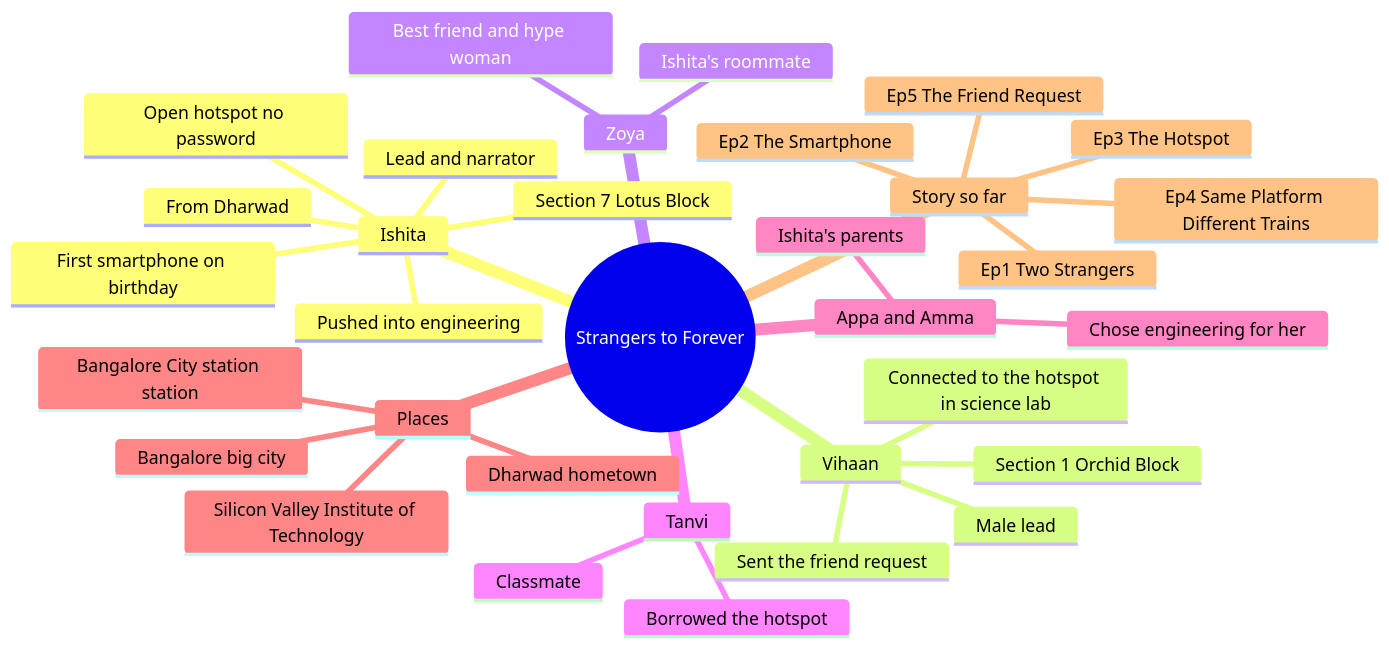
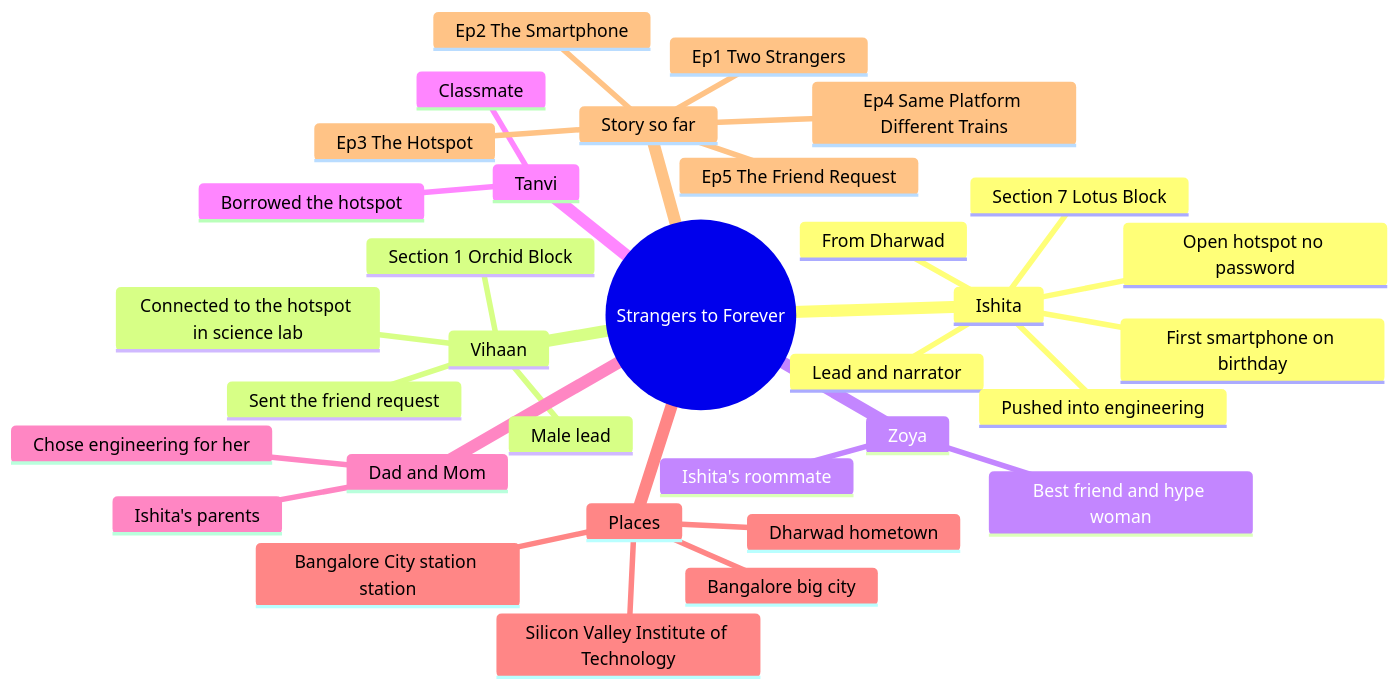
Before and after one commit to avinashchavan1/reel-studio-movie: the diagram in character-mindmap.mmd, drawn with Mermaid. The commit also changed 15 other files, not shown here.

First line of the commit message:
Rename Appa/Amma to Dad/Mom across studio data, scripts, prompts and docs

```diff
--- a/character-mindmap.mmd
+++ b/character-mindmap.mmd
@@ -1,34 +1,34 @@
 mindmap
   root((Strangers to Forever))
     Ishita
       Lead and narrator
       From Dharwad
       Pushed into engineering
       Section 7 Lotus Block
       First smartphone on birthday
       Open hotspot no password
     Vihaan
       Male lead
       Section 1 Orchid Block
       Connected to the hotspot in science lab
       Sent the friend request
     Zoya
       Ishita's roommate
       Best friend and hype woman
     Tanvi
       Classmate
       Borrowed the hotspot
-    Appa and Amma
+    Dad and Mom
       Ishita's parents
       Chose engineering for her
     Places
       Dharwad hometown
       Bangalore big city
       Silicon Valley Institute of Technology
       Bangalore City station station
     Story so far
       Ep1 Two Strangers
       Ep2 The Smartphone
       Ep3 The Hotspot
       Ep4 Same Platform Different Trains
       Ep5 The Friend Request
```
